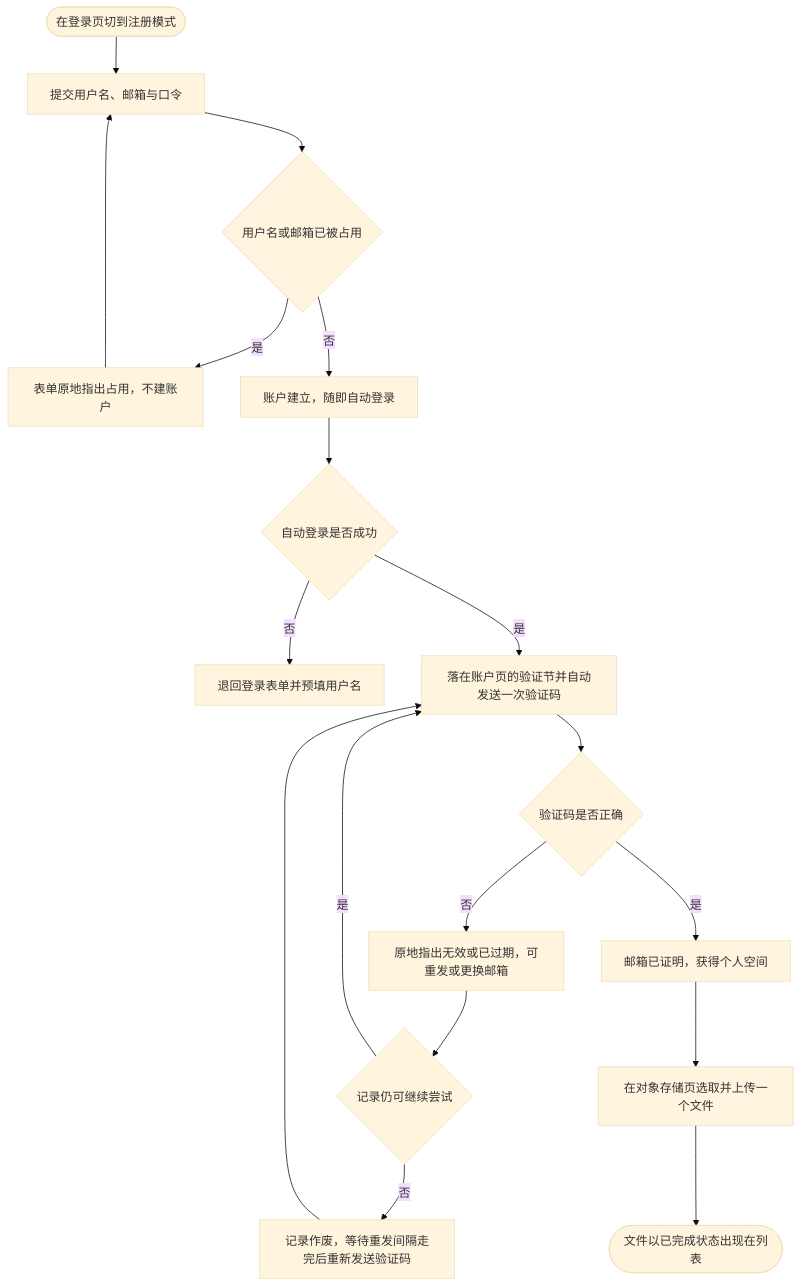
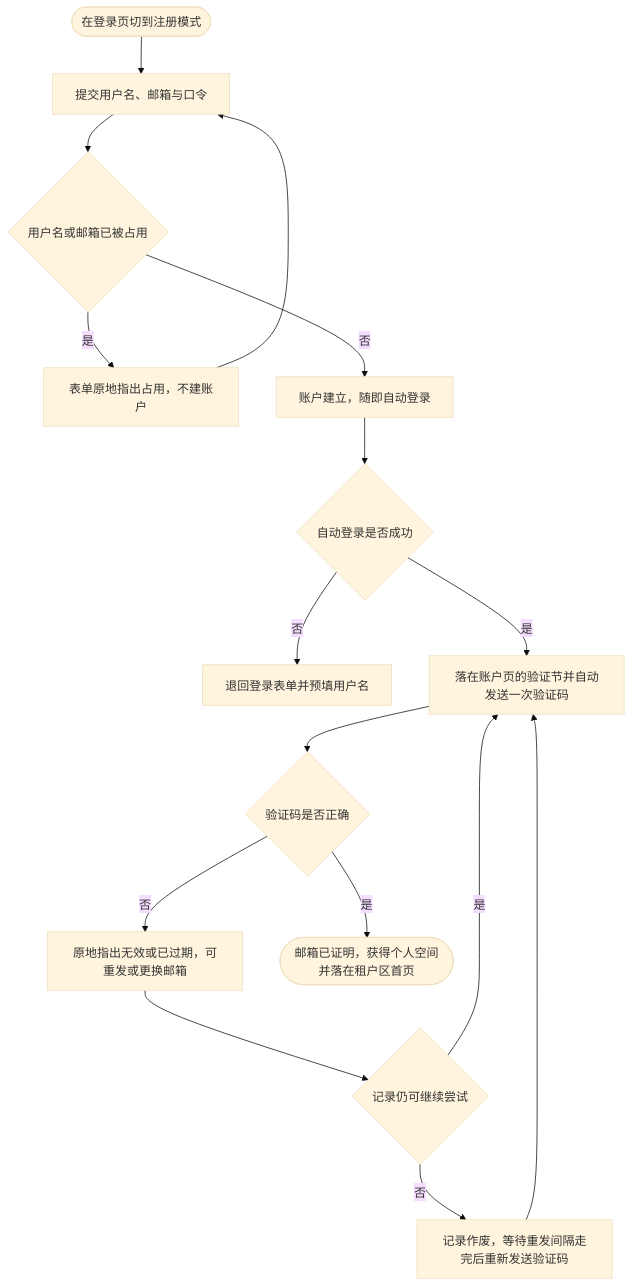
The diagram in docs/prd/journeys/journey-first-registration-to-personal-workspace.md (wangzw/speed), drawn with Mermaid (base theme) before and after one commit. The commit also changed other lines of this file and 6 other files, not shown here.

````diff
--- a/docs/prd/journeys/journey-first-registration-to-personal-workspace.md
+++ b/docs/prd/journeys/journey-first-registration-to-personal-workspace.md
@@ -47,20 +42,18 @@
 ```mermaid
 flowchart TD
     start([在登录页切到注册模式]) --> submit[提交用户名、邮箱与口令]
     submit --> taken{用户名或邮箱已被占用}
     taken -->|是| conflict[表单原地指出占用，不建账户]
     conflict --> submit
     taken -->|否| account[账户建立，随即自动登录]
     account --> auto{自动登录是否成功}
     auto -->|否| back[退回登录表单并预填用户名]
     auto -->|是| verify[落在账户页的验证节并自动发送一次验证码]
     verify --> code{验证码是否正确}
     code -->|否| retry[原地指出无效或已过期，可重发或更换邮箱]
     retry --> attempts{记录仍可继续尝试}
     attempts -->|是| verify
     attempts -->|否| resend[记录作废，等待重发间隔走完后重新发送验证码]
     resend --> verify
-    code -->|是| workspace[邮箱已证明，获得个人空间]
-    workspace --> upload[在对象存储页选取并上传一个文件]
-    upload --> done([文件以已完成状态出现在列表])
+    code -->|是| done([邮箱已证明，获得个人空间并落在租户区首页])
 ```
````
